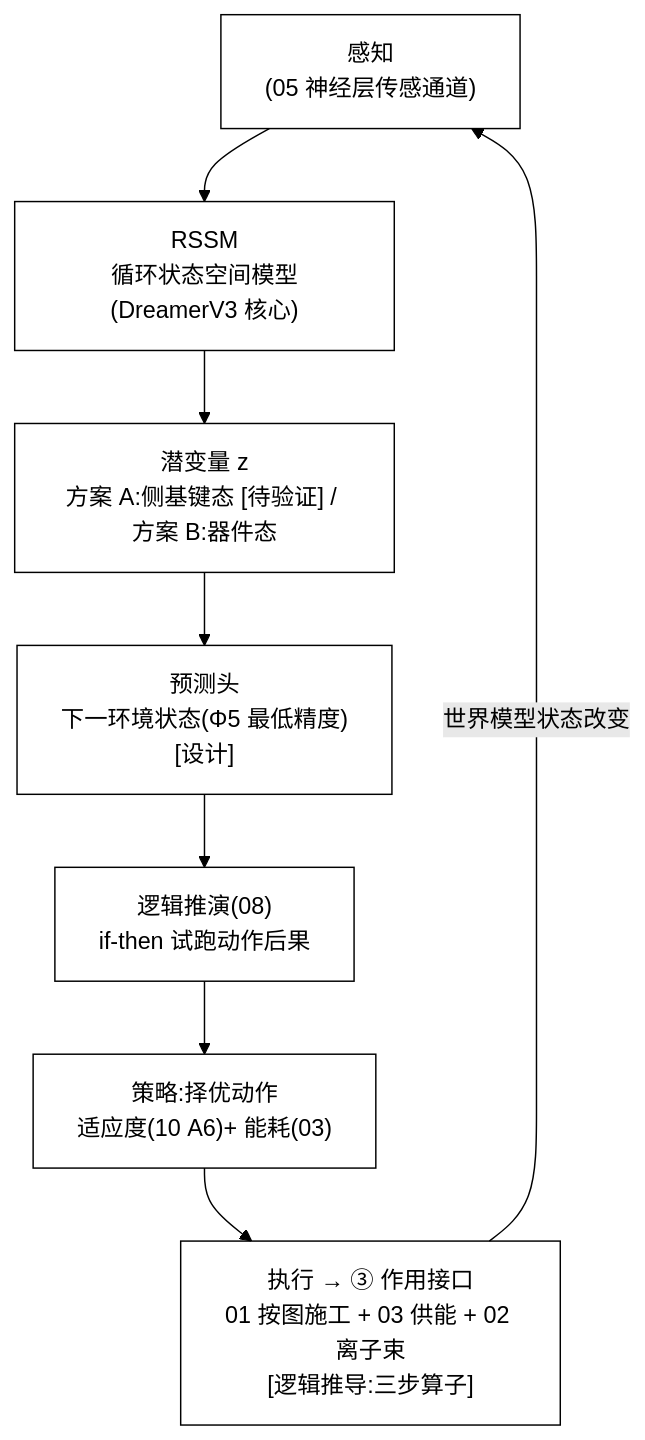
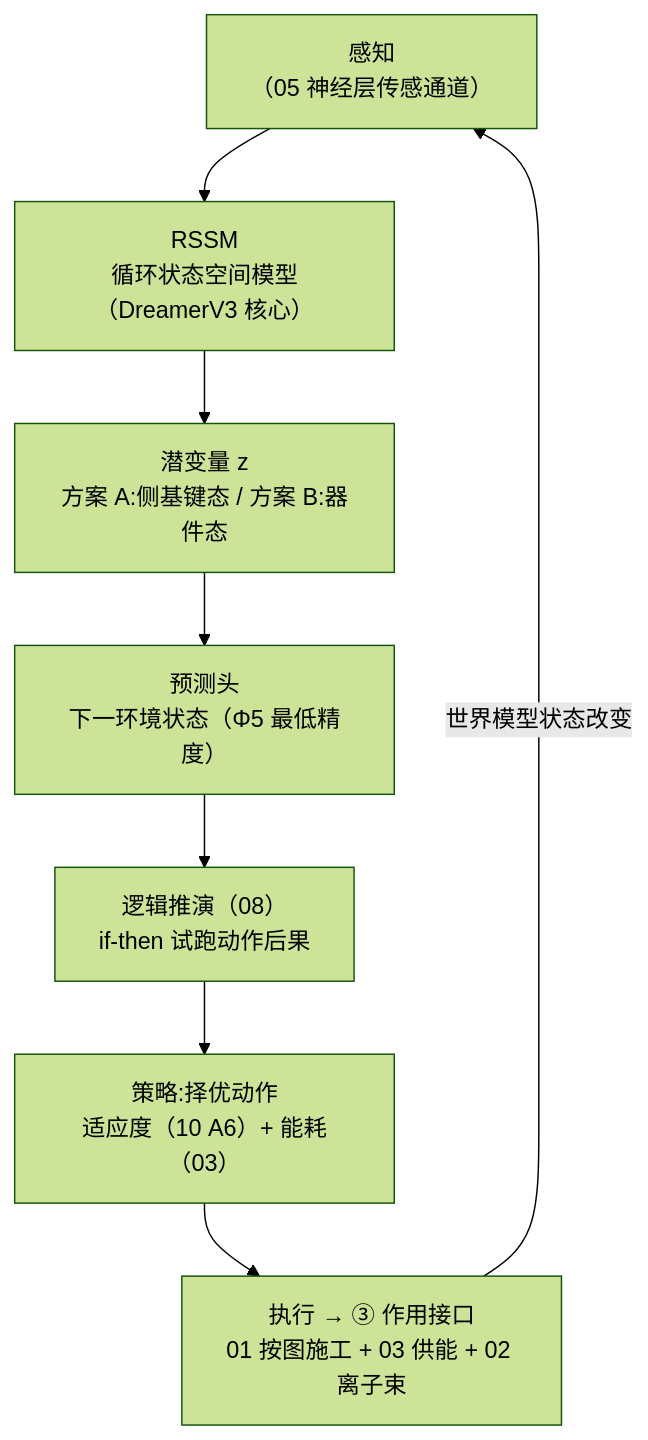
The first of 2 diagrams in zh-CN/06_世界模型_设计.md (RichardASimon/Silicon-Biological-Blueprint), drawn with Mermaid (forest theme) before and after one commit. The commit also changed other lines of this file and 23 other files, not shown here.

First line of the commit message:
docs: repair all mermaid diagrams and add emergence mechanisms with literature

````diff
--- a/zh-CN/06_世界模型_设计.md
+++ b/zh-CN/06_世界模型_设计.md
@@ -151,21 +151,17 @@
 ```mermaid
 flowchart TB
-    S["感知<br/>(05 神经层传感通道)<br/>"]
-    R["RSSM<br/>循环状态空间模型(DreamerV3 核心)<br/>"]
-    Z["潜变量 z<br/>方案 A:侧基键态 [待验证] / 方案 B:器件态 "]
-    P["预测头<br/>下一环境状态(Φ5 最低精度)<br/>[设计]"]
-    L["逻辑推演(08)<br/>if-then 试跑动作后果<br/>"]
-    P2["策略:择优动作<br/>适应度(10 A6)+ 能耗(03)<br/>"]
-    EX["执行 → ③ 作用接口<br/>01 按图施工 + 03 供能 + 02 离子束<br/>[逻辑推导:三步算子]"]
-
+    S["感知<br/>（05 神经层传感通道）<br/>"]
+    R["RSSM<br/>循环状态空间模型（DreamerV3 核心）<br/>"]
+    Z["潜变量 z<br/>方案 A:侧基键态 / 方案 B:器件态"]
+    P["预测头<br/>下一环境状态（Φ5 最低精度）<br/>"]
+    L["逻辑推演（08）<br/>if-then 试跑动作后果<br/>"]
+    P2["策略:择优动作<br/>适应度（10 A6）+ 能耗（03）<br/>"]
+    EX["执行 → ③ 作用接口<br/>01 按图施工 + 03 供能 + 02 离子束<br/>"]
     S --> R
     R --> Z
     Z --> P
     P --> L
     L --> P2
     P2 --> EX
     EX -->|世界模型状态改变| S
-
-    classDef box fill:transparent,stroke:currentColor,color:currentColor
-    class S,R,Z,P,L,P2,EX box
 ```
````
